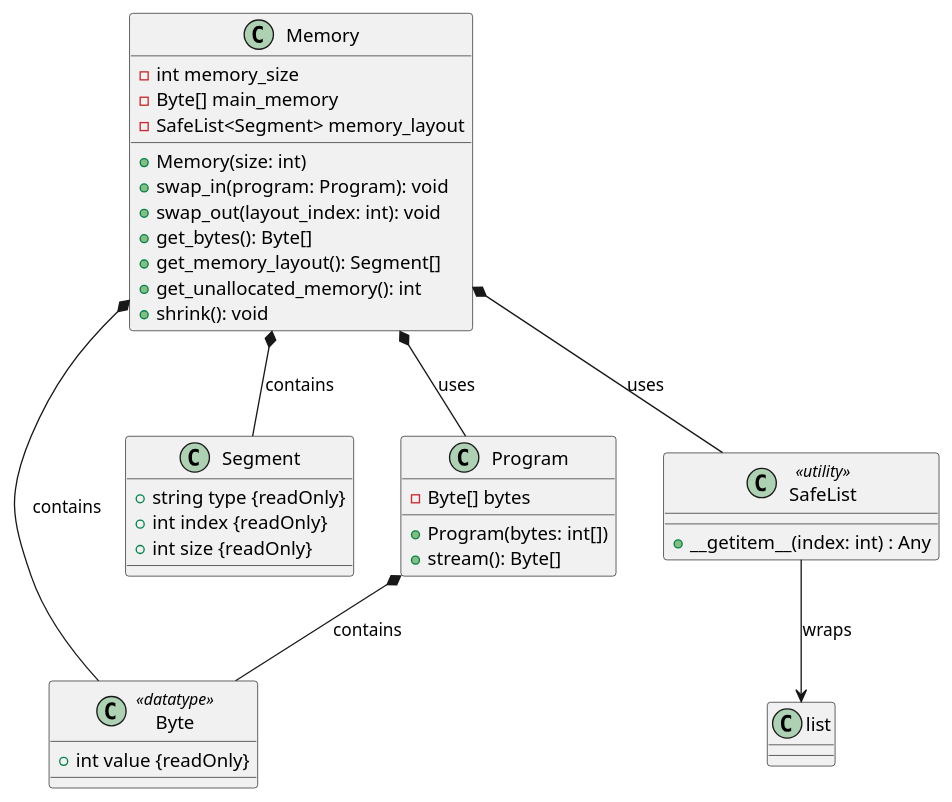
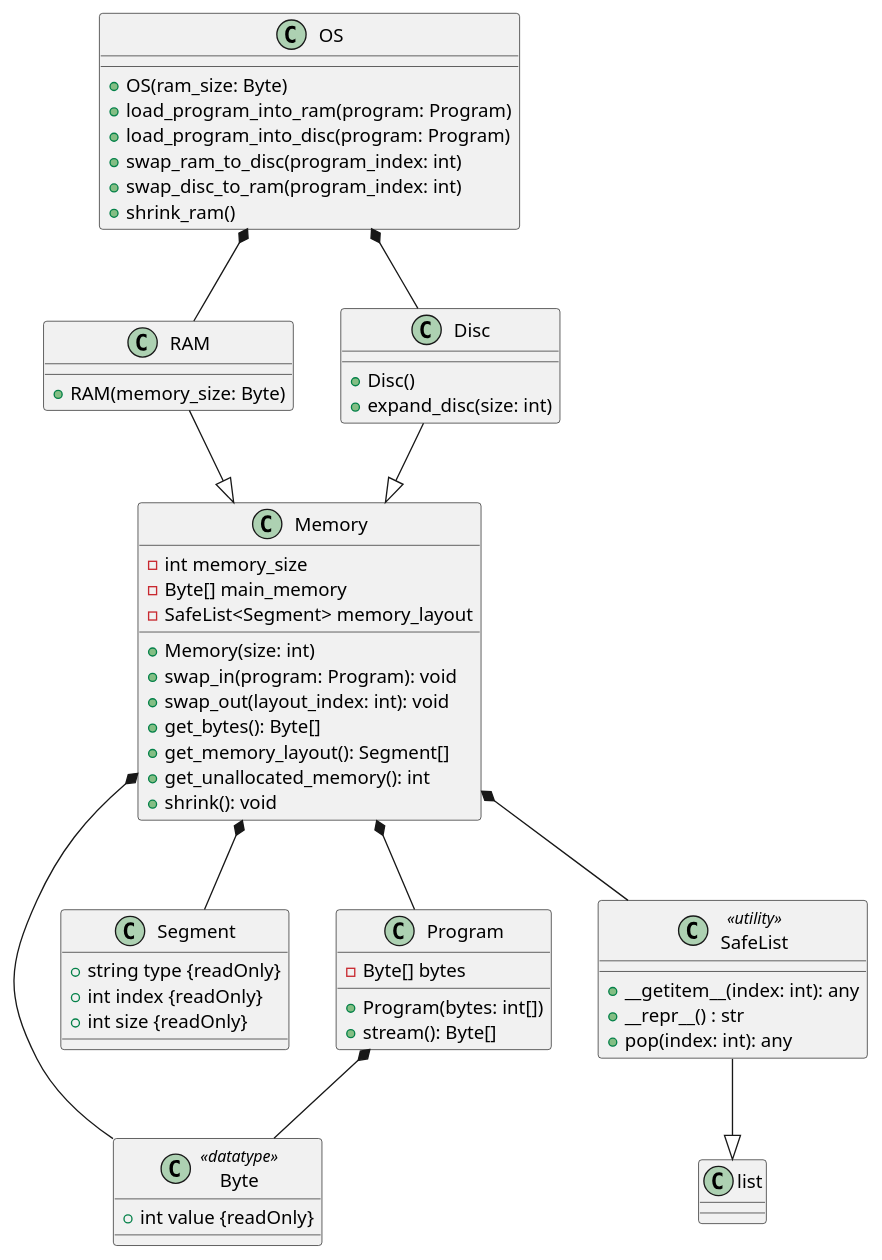
One commit to Caue-Aron/MEMSIM changed the diagram in schema.puml. Above: the diagram before and after it, drawn with PlantUML. The commit also changed 4 other files, not shown here.

```diff
--- a/schema.puml
+++ b/schema.puml
@@ -1,43 +1,67 @@
 @startuml MEMSIM
 class Memory {
     - int memory_size
     - Byte[] main_memory
     - SafeList<Segment> memory_layout
 
     + Memory(size: int)
     + swap_in(program: Program): void
     + swap_out(layout_index: int): void
     + get_bytes(): Byte[]
     + get_memory_layout(): Segment[]
     + get_unallocated_memory(): int
     + shrink(): void
 }
 
+class RAM {
+    + RAM(memory_size: Byte)
+}
+
+class Disc {
+    + Disc()
+    + expand_disc(size: int)
+}
+
 class Byte <<datatype>> {
     + int value {readOnly}
 }
 
 class Segment {
     + string type {readOnly}
     + int index {readOnly}
     + int size {readOnly}
 }
 
+class OS {
+    + OS(ram_size: Byte)
+    + load_program_into_ram(program: Program)
+    + load_program_into_disc(program: Program)
+    + swap_ram_to_disc(program_index: int)
+    + swap_disc_to_ram(program_index: int)
+    + shrink_ram()
+}
+
 class SafeList <<utility>> {
-    + __getitem__(index: int) : Any
+    + __getitem__(index: int): any
+    + __repr__() : str
+    + pop(index: int): any
 }
 
 class Program {
     - Byte[] bytes
 
     + Program(bytes: int[])
     + stream(): Byte[]
 }
 
-SafeList --> list : wraps
-Memory *-- Program : uses
-Memory *-- SafeList : uses
-Memory *-- Segment : contains
-Memory *-- Byte : contains
-Program *-- Byte : contains
+OS *-- RAM
+OS *-- Disc
+Disc --|> Memory
+RAM --|> Memory
+SafeList --|> list
+Memory *-- Byte
+Program *-- Byte
+Memory *-- Segment
+Memory *-- Program
+Memory *-- SafeList
 @enduml
```
